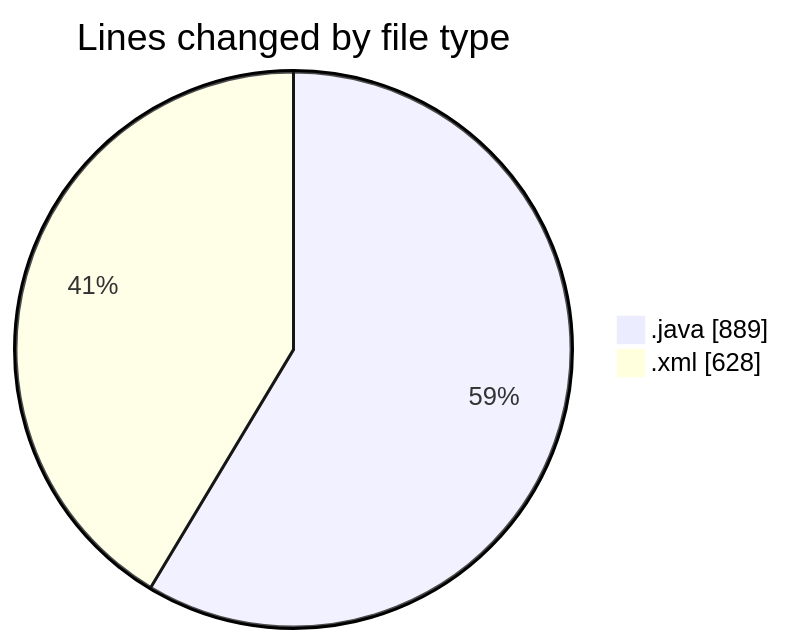
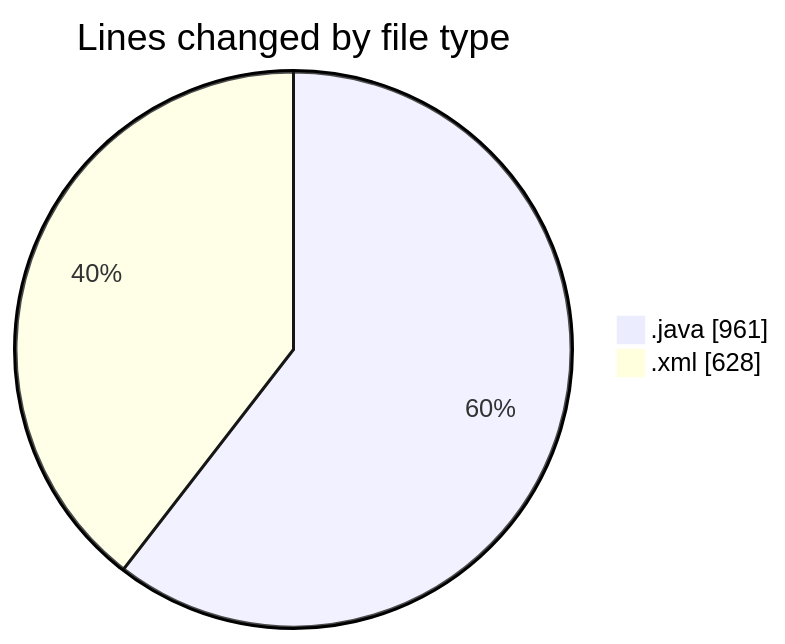
The first of 2 diagrams in 2025-02-26/micros/README.md (charlie-sans/code-tracking), drawn with Mermaid before and after one commit. The commit also changed other lines of this file and 1 other file, not shown here.

````diff
--- a/2025-02-26/micros/README.md
+++ b/2025-02-26/micros/README.md
@@ -22,6 +22,6 @@
 ```mermaid
 pie showData
 title Lines changed by file type
-".java" : 889
+".java" : 961
 ".xml" : 628
 ```
````
